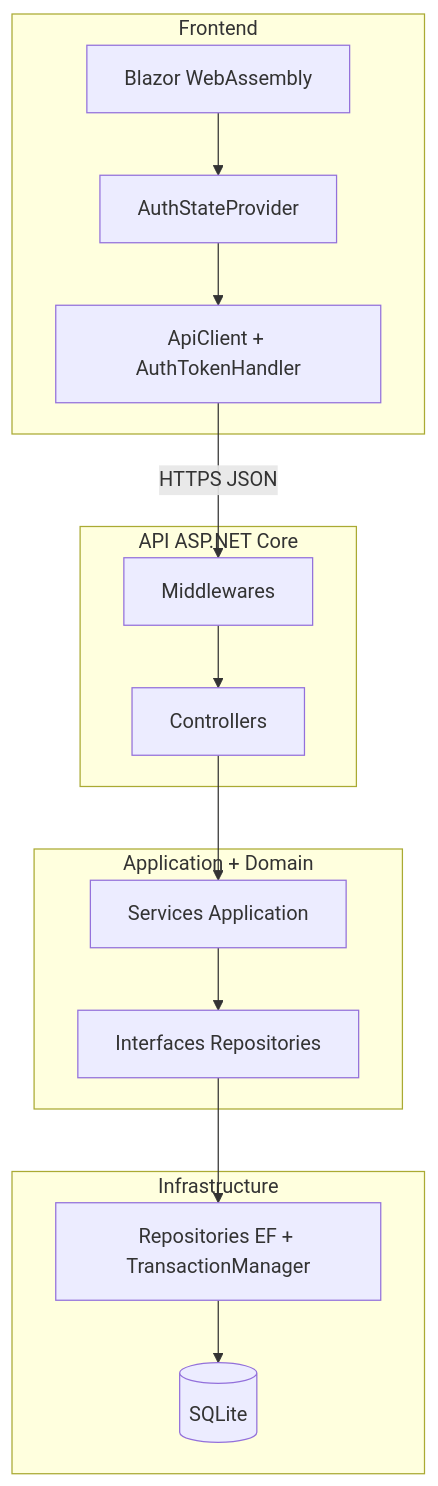
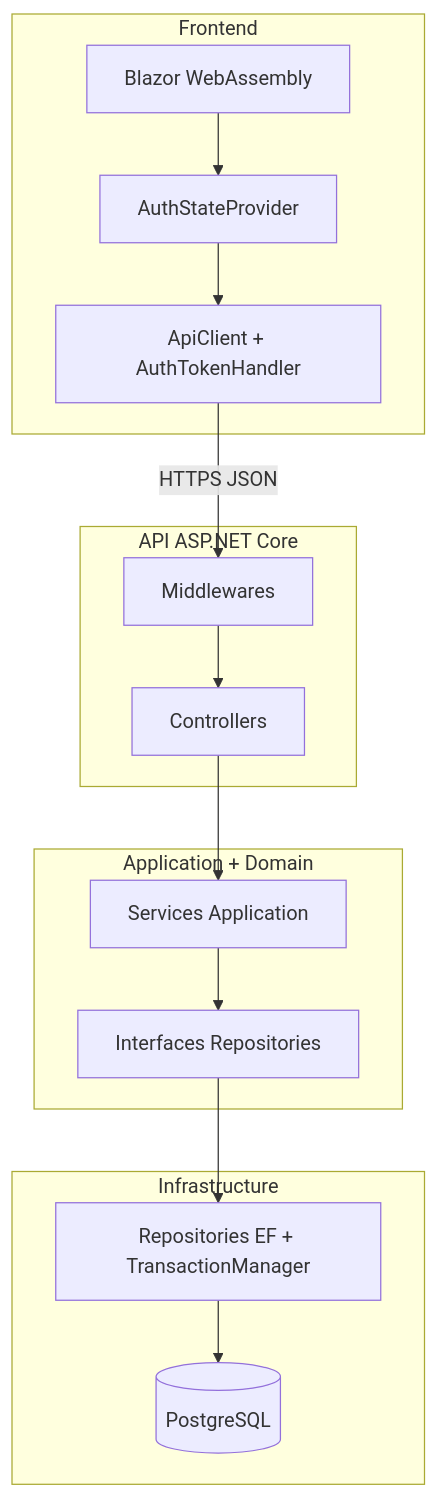
Before and after one commit to BAYRYO/AdvancedDevSample: the second of 3 diagrams in docs/architecture.md, drawn with Mermaid. The commit also changed other lines of this file and 158 other files, not shown here.

First line of the commit message:
feat: Add Docker Compose setup for PostgreSQL, API, and Frontend

````diff
--- a/docs/architecture.md
+++ b/docs/architecture.md
@@ -18,31 +18,31 @@
 ```mermaid
 graph TD
   subgraph Client[Frontend]
     UI[Blazor WebAssembly]
     AuthState[AuthStateProvider]
     ApiClient[ApiClient + AuthTokenHandler]
     UI --> AuthState --> ApiClient
   end
 
   subgraph Api[API ASP.NET Core]
     MW[Middlewares]
     Ctl[Controllers]
     MW --> Ctl
   end
 
   subgraph Core[Application + Domain]
     App[Services Application]
     Ports[Interfaces Repositories]
     App --> Ports
   end
 
   subgraph Infra[Infrastructure]
     Repos[Repositories EF + TransactionManager]
-    Db[(SQLite)]
+    Db[(PostgreSQL)]
     Repos --> Db
   end
 
   ApiClient -->|HTTPS JSON| MW
   Ctl --> App
   Ports --> Repos
 ```
````
